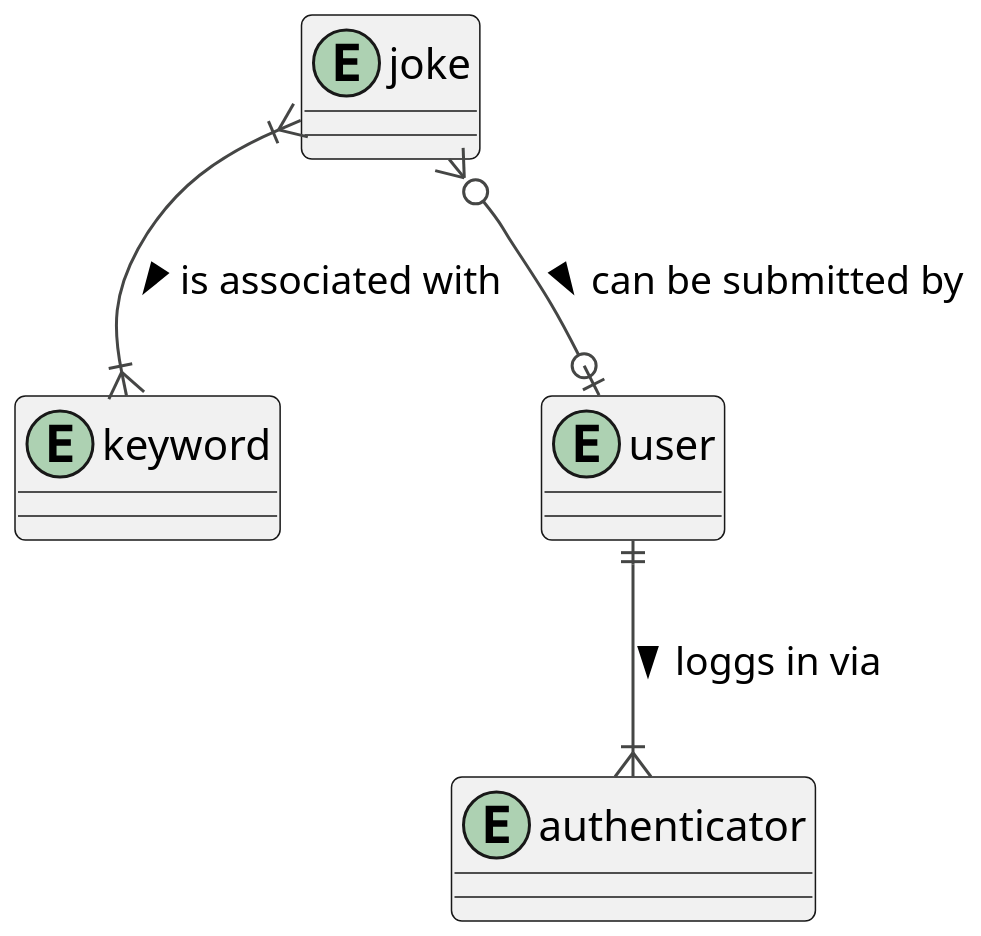
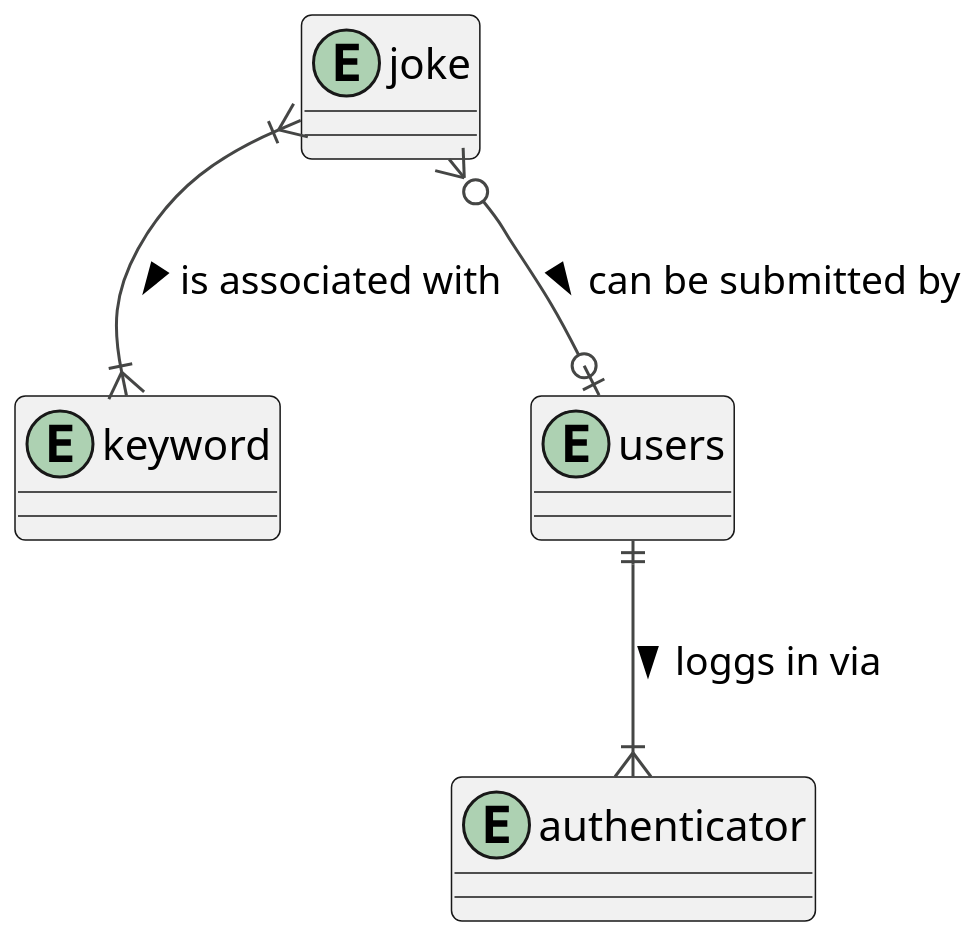
One commit to SturmDerLiebe/bavarian_joke_generator changed the first of 2 diagrams in database/database_model.md. Above: the diagram before and after it, drawn with PlantUML. The commit also changed other lines of this file, not shown here.

```diff
--- a/database/database_model.md
+++ b/database/database_model.md
@@ -26,15 +26,15 @@
 @startuml
 'skinparam linetype ortho
 scale 2
 !theme vibrant
 
 entity joke
 entity keyword
-entity user
+entity users
 entity authenticator
 
 joke }|--|{ keyword : is associated with >
-joke }o--o| user : can be submitted by >
-user ||--|{ authenticator : loggs in via >
+joke }o--o| users : can be submitted by >
+users ||--|{ authenticator : loggs in via >
 
 @enduml
```
